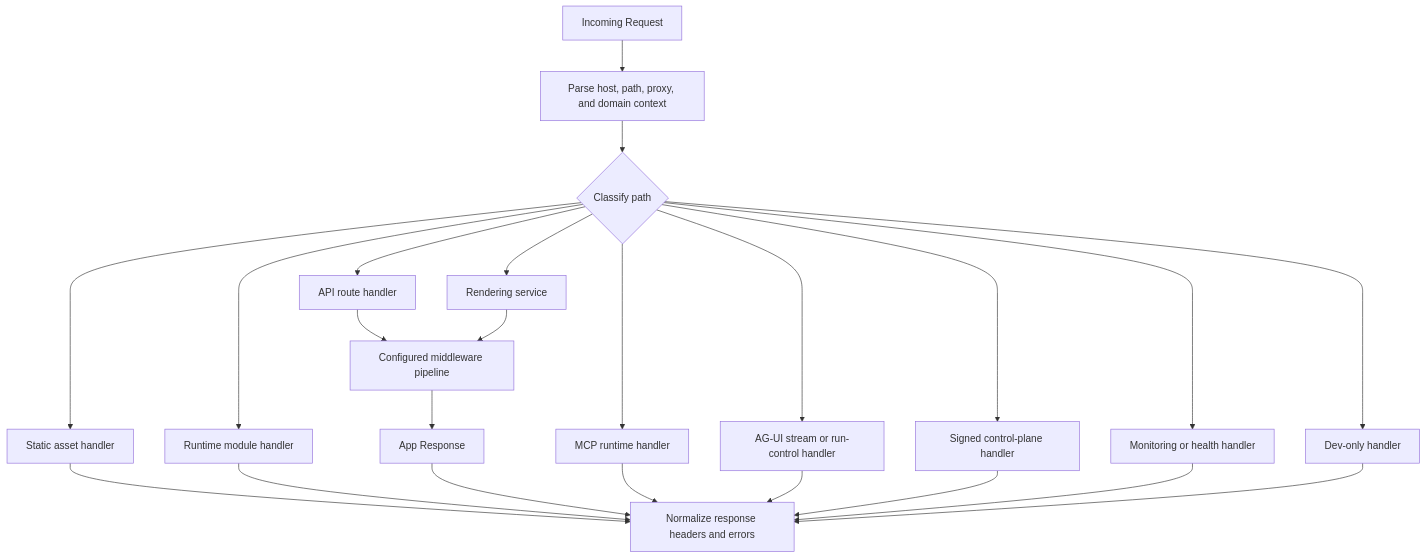
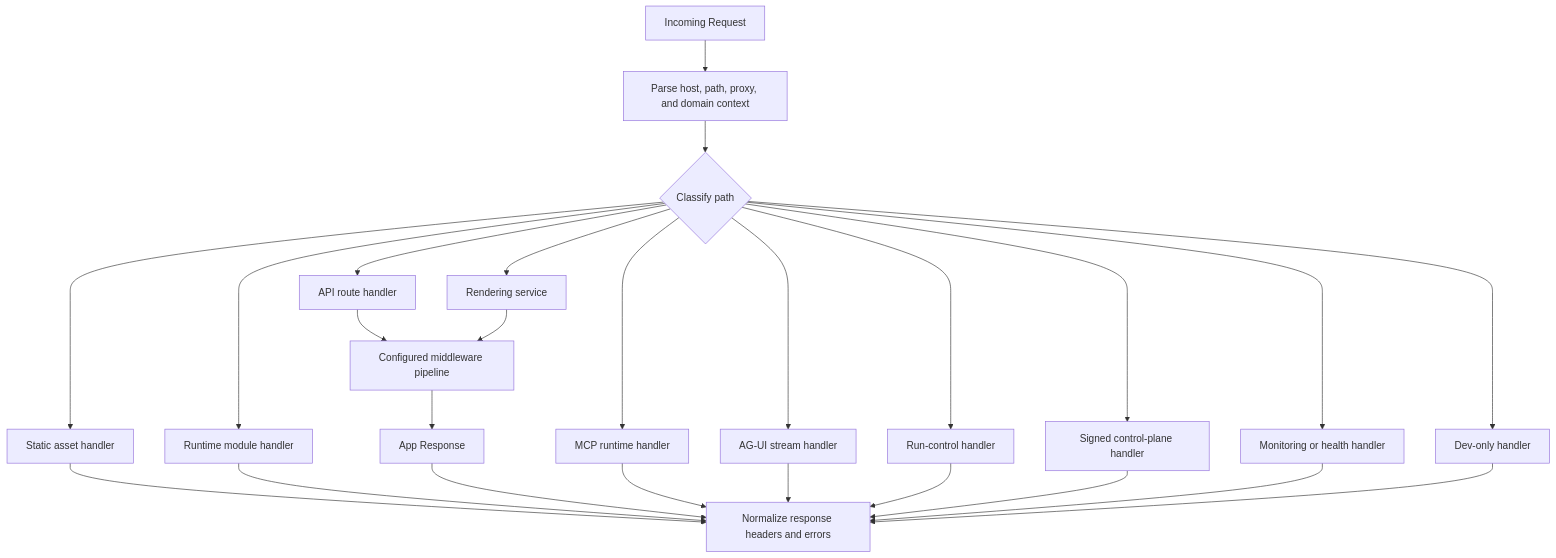
The diagram in docs/architecture/02-request-pipeline.md (veryfront/veryfront-code), drawn with Mermaid before and after one commit. The commit also changed other lines of this file and 57 other files, not shown here.

````diff
--- a/docs/architecture/02-request-pipeline.md
+++ b/docs/architecture/02-request-pipeline.md
@@ -36,27 +37,29 @@
 ```mermaid
 flowchart TD
   request[Incoming Request] --> context[Parse host, path, proxy, and domain context]
   context --> classify{Classify path}
   classify --> assets[Static asset handler]
   classify --> modules[Runtime module handler]
   classify --> api[API route handler]
   classify --> page[Rendering service]
   classify --> mcp[MCP runtime handler]
-  classify --> agui[AG-UI stream or run-control handler]
+  classify --> agui[AG-UI stream handler]
+  classify --> runctl[Run-control handler]
   classify --> channel[Signed control-plane handler]
   classify --> health[Monitoring or health handler]
   classify --> dev[Dev-only handler]
 
   api --> middleware[Configured middleware pipeline]
   page --> middleware
   middleware --> appResponse[App Response]
 
   assets --> normalize[Normalize response headers and errors]
   modules --> normalize
   appResponse --> normalize
   mcp --> normalize
   agui --> normalize
+  runctl --> normalize
   channel --> normalize
   health --> normalize
   dev --> normalize
 ```
````
